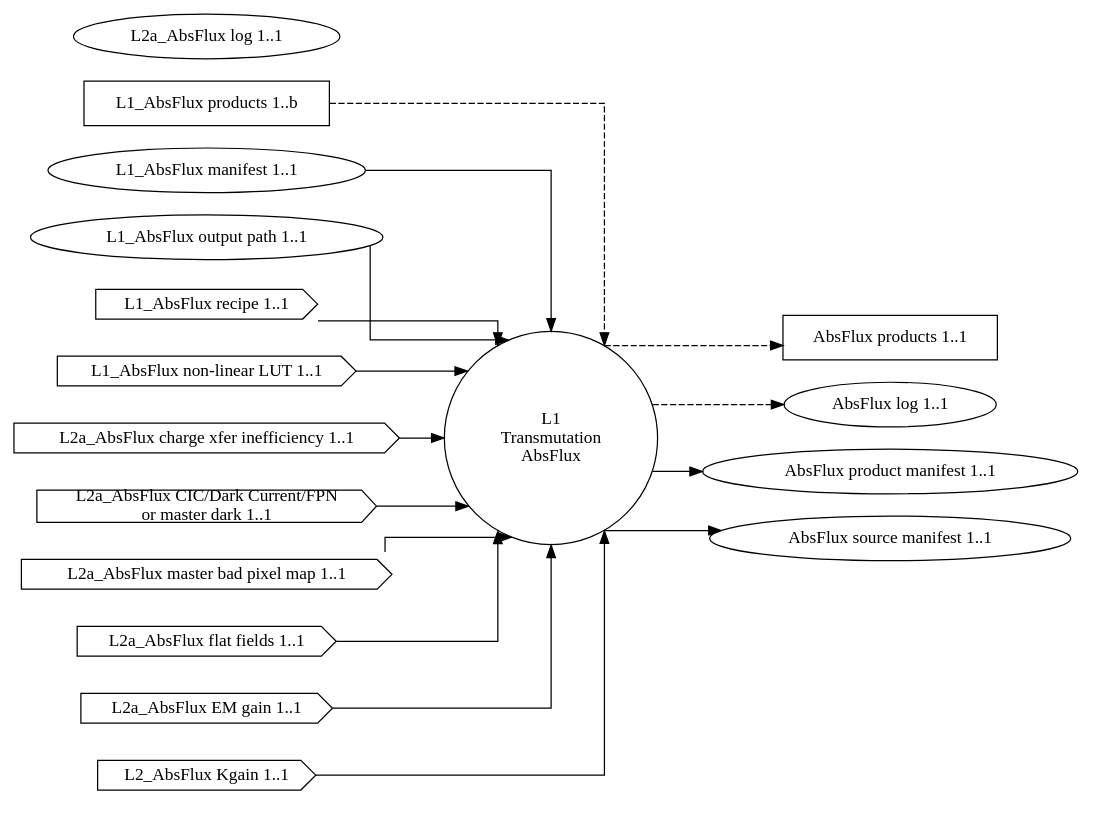
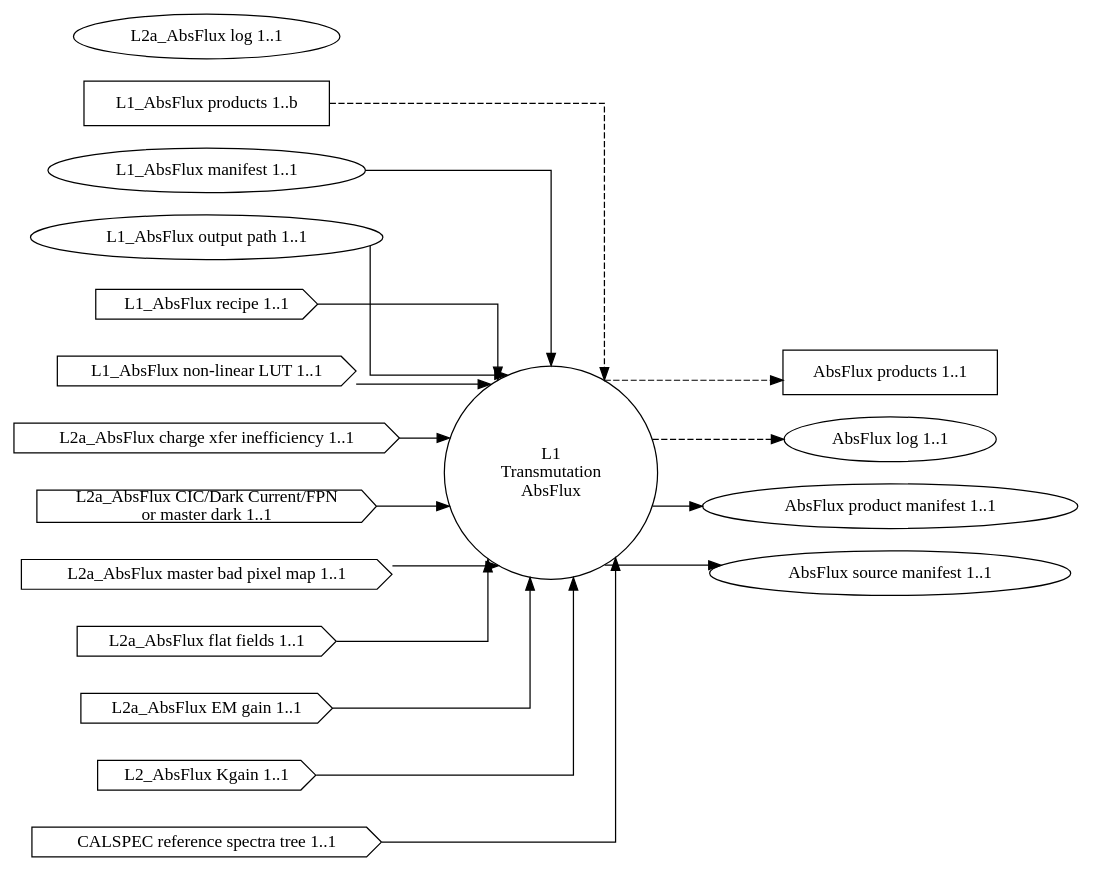
Before and after one commit to roman-corgi/ctc-dip: the diagram in dip/basis/cal_absflux.dot, drawn with Graphviz. The commit also changed 9 other files, not shown here.

First line of the commit message:
Add copy_tree cache support for CALSPEC reference data (#124)

```diff
--- a/dip/basis/cal_absflux.dot
+++ b/dip/basis/cal_absflux.dot
@@ -1,42 +1,44 @@
 digraph AbsoluteFluxCalibration {
     graph [splines="ortho", rankdir=LR];
     trans_cal_absflux [label="L1\nTransmutation\nAbsFlux", shape="circle", runname="l1.transmutation_cal_absflux", runtype="dawgie.Algorithm", fsmtype="dip.base.Runner"];
 
     l1_cal_absflux_prod [label="L1_AbsFlux products 1..b", shape="rectangle"];
-    agg_cal_absflux_man [label="L1_AbsFlux manifest 1..1", shape="ellipse"];
+    l1_cal_absflux_man [label="L1_AbsFlux manifest 1..1", shape="ellipse"];
     l1_cal_absflux_odir [label="L1_AbsFlux output path 1..1", shape="ellipse"];
     l1_cal_absflux_rec [label="L1_AbsFlux recipe 1..1", shape="cds"];
     l1_cal_absflux_nllut [label="L1_AbsFlux non-linear LUT 1..1", shape="cds"];
 
     l2a_cal_absflux_cti [label="L2a_AbsFlux charge xfer inefficiency 1..1", shape="cds"];
     l2a_cal_absflux_dnb [label="L2a_AbsFlux CIC/Dark Current/FPN\n or master dark 1..1", shape="cds"];
     l2a_cal_absflux_mbpm [label="L2a_AbsFlux master bad pixel map 1..1", shape="cds"];
     l2a_cal_absflux_ff [label="L2a_AbsFlux flat fields 1..1", shape="cds"];
     l2a_cal_absflux_emg [label="L2a_AbsFlux EM gain 1..1", shape="cds"];
     l2a_cal_absflux_kgain [label="L2_AbsFlux Kgain 1..1", shape="cds"];
     l2a_cal_absflux_log [label="L2a_AbsFlux log 1..1", shape="ellipse"];
+    calspec_cache [label="CALSPEC reference spectra tree 1..1", shape="cds"];
 
     cal_absflux_prod [label="AbsFlux products 1..1", shape="rectangle"];
     cal_absflux_log [label="AbsFlux log 1..1", shape="ellipse"];
     cal_absflux_man [label="AbsFlux product manifest 1..1", shape="ellipse", shape="ellipse", valname="l1.transmutation_cal_absflux.product.manifest", valtype="dip.base.Manifest"];
     cal_absflux_src [label="AbsFlux source manifest 1..1", shape="ellipse", shape="ellipse", valname="l1.transmutation_cal_absflux.source.manifest", valtype="dip.base.Manifest"];
 
     l1_cal_absflux_prod -> trans_cal_absflux [style="dashed"];
-    agg_cal_absflux_man -> trans_cal_absflux;
+    l1_cal_absflux_man -> trans_cal_absflux;
     l1_cal_absflux_odir -> trans_cal_absflux;
     l1_cal_absflux_rec -> trans_cal_absflux;
 
     l1_cal_absflux_nllut -> trans_cal_absflux;
     
     l2a_cal_absflux_kgain -> trans_cal_absflux;
     l2a_cal_absflux_cti -> trans_cal_absflux;
     l2a_cal_absflux_dnb -> trans_cal_absflux;
     l2a_cal_absflux_mbpm -> trans_cal_absflux;
     l2a_cal_absflux_ff -> trans_cal_absflux;
     l2a_cal_absflux_emg -> trans_cal_absflux;
+    calspec_cache -> trans_cal_absflux;
 
     trans_cal_absflux -> cal_absflux_prod [style="dashed"];
     trans_cal_absflux -> cal_absflux_log [style="dashed"];
     trans_cal_absflux -> cal_absflux_man;
     trans_cal_absflux -> cal_absflux_src;
 }
```
